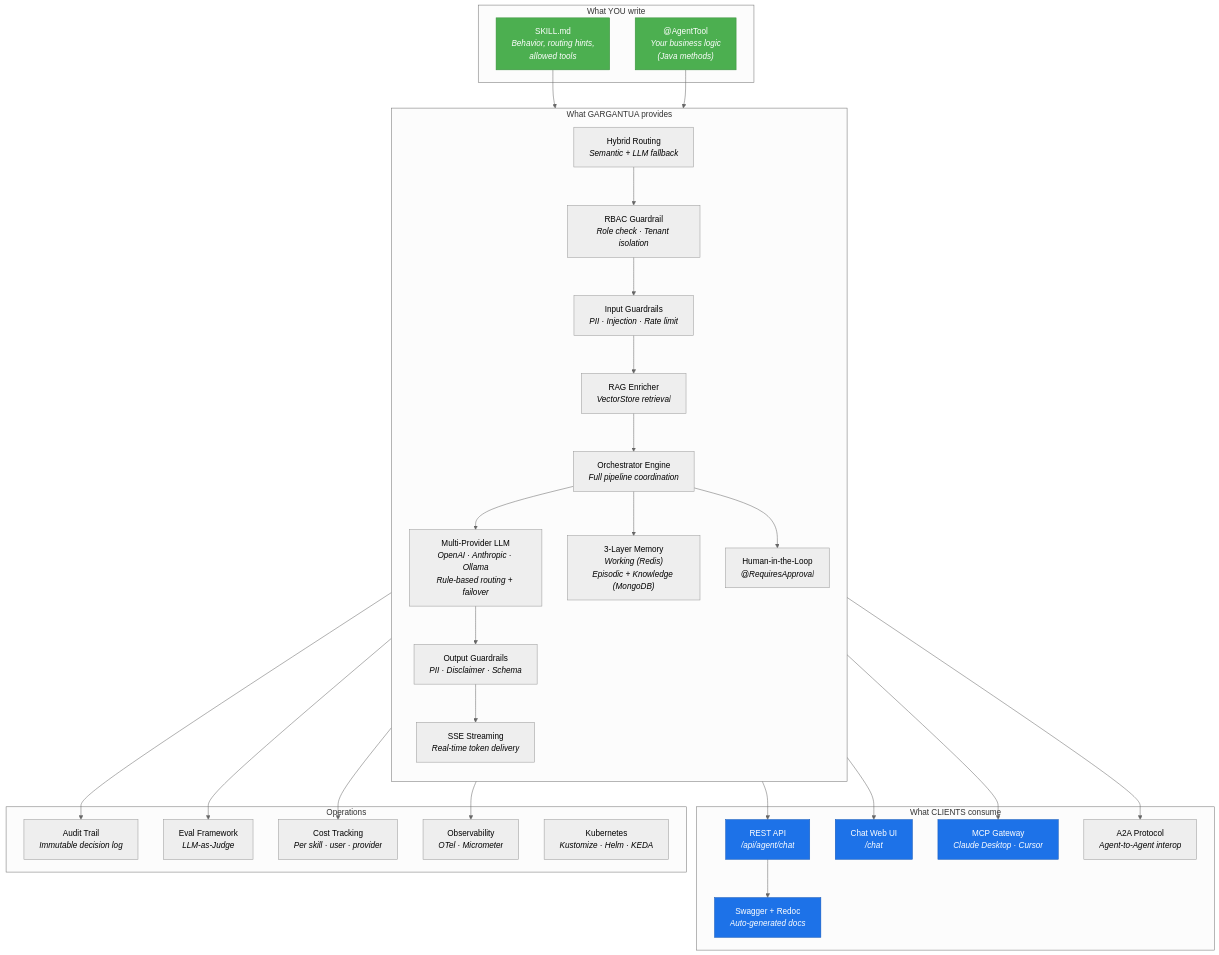
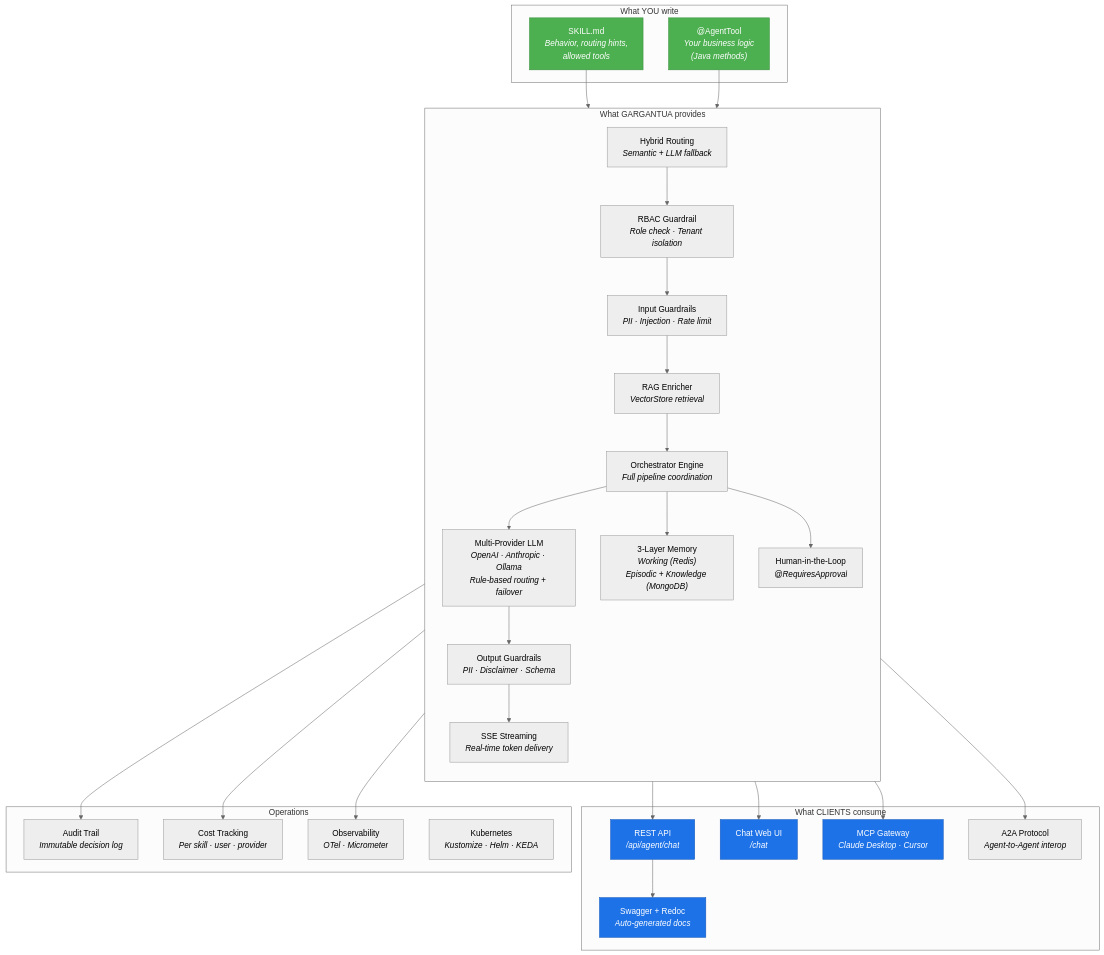
Before and after one commit to GiskardB/gargantua: the diagram in README.md, drawn with Mermaid (neutral theme). The commit also changed other lines of this file and 109 other files, not shown here.

````diff
--- a/README.md
+++ b/README.md
@@ -128,66 +127,64 @@
 ```mermaid
 graph TB
     subgraph "What YOU write"
         SKILL["SKILL.md<br/><i>Behavior, routing hints,<br/>allowed tools</i>"]
         TOOL["@AgentTool<br/><i>Your business logic<br/>(Java methods)</i>"]
     end
 
     subgraph "What GARGANTUA provides"
         direction TB
 
         ROUTE["Hybrid Routing<br/><i>Semantic + LLM fallback</i>"]
         RBAC["RBAC Guardrail<br/><i>Role check · Tenant isolation</i>"]
         GUARD_IN["Input Guardrails<br/><i>PII · Injection · Rate limit</i>"]
         RAG["RAG Enricher<br/><i>VectorStore retrieval</i>"]
         ORCH["Orchestrator Engine<br/><i>Full pipeline coordination</i>"]
         LLM["Multi-Provider LLM<br/><i>OpenAI · Anthropic · Ollama<br/>Rule-based routing + failover</i>"]
         MEM["3-Layer Memory<br/><i>Working (Redis)<br/>Episodic + Knowledge (MongoDB)</i>"]
         GUARD_OUT["Output Guardrails<br/><i>PII · Disclaimer · Schema</i>"]
         STREAM["SSE Streaming<br/><i>Real-time token delivery</i>"]
         HITL["Human-in-the-Loop<br/><i>@RequiresApproval</i>"]
     end
 
     subgraph "What CLIENTS consume"
         API["REST API<br/><i>/api/agent/chat</i>"]
         CHAT["Chat Web UI<br/><i>/chat</i>"]
         MCP["MCP Gateway<br/><i>Claude Desktop · Cursor</i>"]
         A2A["A2A Protocol<br/><i>Agent-to-Agent interop</i>"]
         DOCS["Swagger + Redoc<br/><i>Auto-generated docs</i>"]
     end
 
     subgraph "Operations"
         AUDIT["Audit Trail<br/><i>Immutable decision log</i>"]
-        EVAL["Eval Framework<br/><i>LLM-as-Judge</i>"]
         COST["Cost Tracking<br/><i>Per skill · user · provider</i>"]
         OTEL["Observability<br/><i>OTel · Micrometer</i>"]
         K8S["Kubernetes<br/><i>Kustomize · Helm · KEDA</i>"]
     end
 
     SKILL --> ROUTE
     TOOL --> ORCH
     ROUTE --> RBAC
     RBAC --> GUARD_IN
     GUARD_IN --> RAG
     RAG --> ORCH
     ORCH --> LLM
     ORCH --> MEM
     LLM --> GUARD_OUT
     GUARD_OUT --> STREAM
     ORCH --> HITL
     STREAM --> API
     STREAM --> CHAT
     STREAM --> MCP
     STREAM --> A2A
     API --> DOCS
     ORCH --> AUDIT
-    ORCH --> EVAL
     ORCH --> COST
     ORCH --> OTEL
 
     style SKILL fill:#4CAF50,color:#fff,stroke:#388E3C
     style TOOL fill:#4CAF50,color:#fff,stroke:#388E3C
     style API fill:#1d72e8,color:#fff,stroke:#1558b8
     style CHAT fill:#1d72e8,color:#fff,stroke:#1558b8
     style MCP fill:#1d72e8,color:#fff,stroke:#1558b8
     style DOCS fill:#1d72e8,color:#fff,stroke:#1558b8
 ```
````
